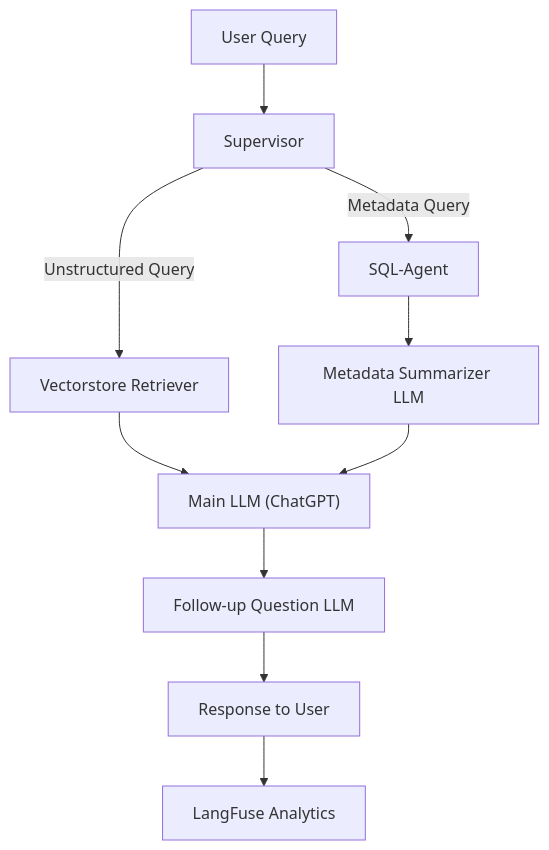
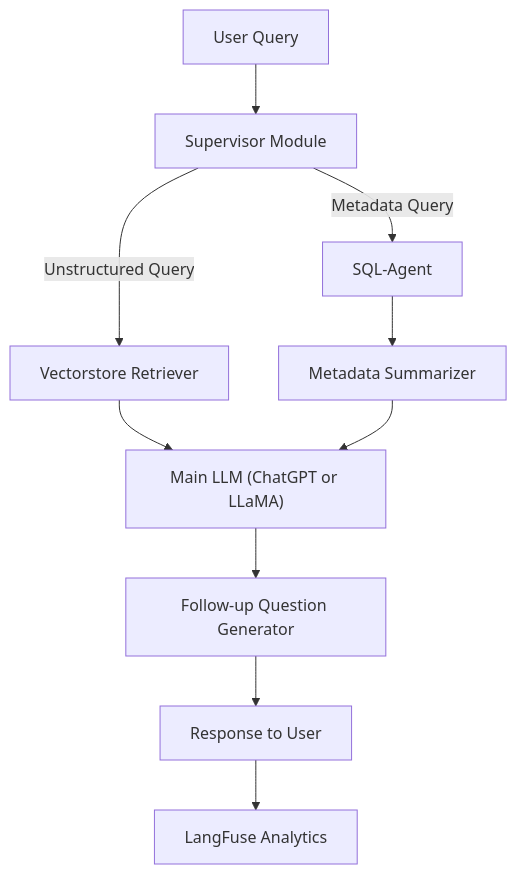
One commit to Henil-08/Verta-eCom-Chatbot changed the diagram in README FILES/README_BASEMODELDOCS.MD. Above: the diagram before and after it, drawn with Mermaid. The commit also changed other lines of this file, not shown here.

````diff
--- a/README FILES/README_BASEMODELDOCS.MD
+++ b/README FILES/README_BASEMODELDOCS.MD
@@ -29,13 +42,13 @@
 ```mermaid
 flowchart TD
     start[User Query]
-    start --> supervisor["Supervisor"]
+    start --> supervisor["Supervisor Module"]
     supervisor -->|Metadata Query| sqlagent["SQL-Agent"]
     supervisor -->|Unstructured Query| vectorstore["Vectorstore Retriever"]
-    sqlagent --> summarizer["Metadata Summarizer LLM"]
-    vectorstore --> mainllm["Main LLM (ChatGPT)"]
+    sqlagent --> summarizer["Metadata Summarizer"]
+    vectorstore --> mainllm["Main LLM (ChatGPT or LLaMA)"]
     summarizer --> mainllm
-    mainllm --> followup["Follow-up Question LLM"]
+    mainllm --> followup["Follow-up Question Generator"]
     followup --> response["Response to User"]
     response --> langfuse["LangFuse Analytics"]
 ```
````
